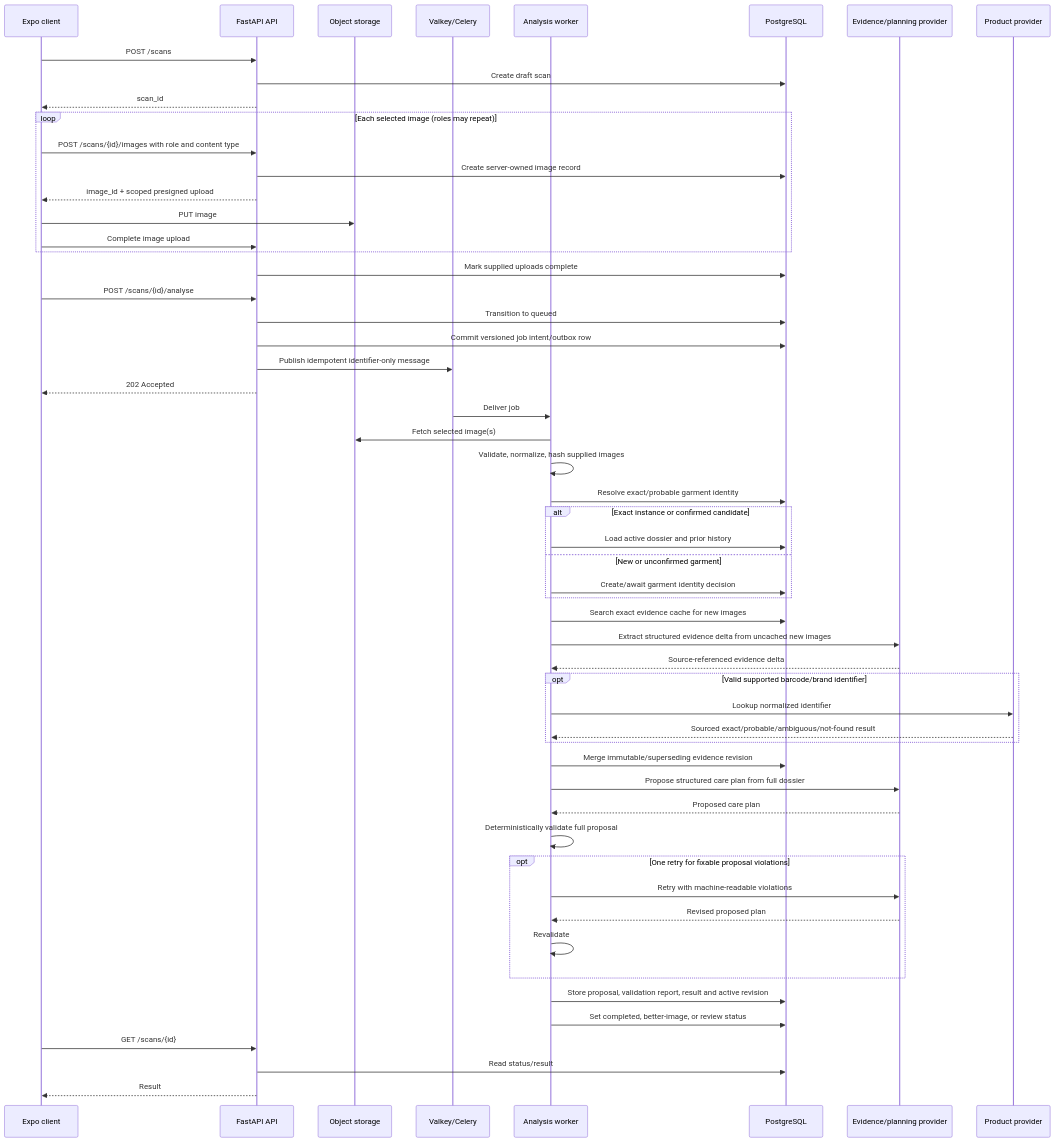
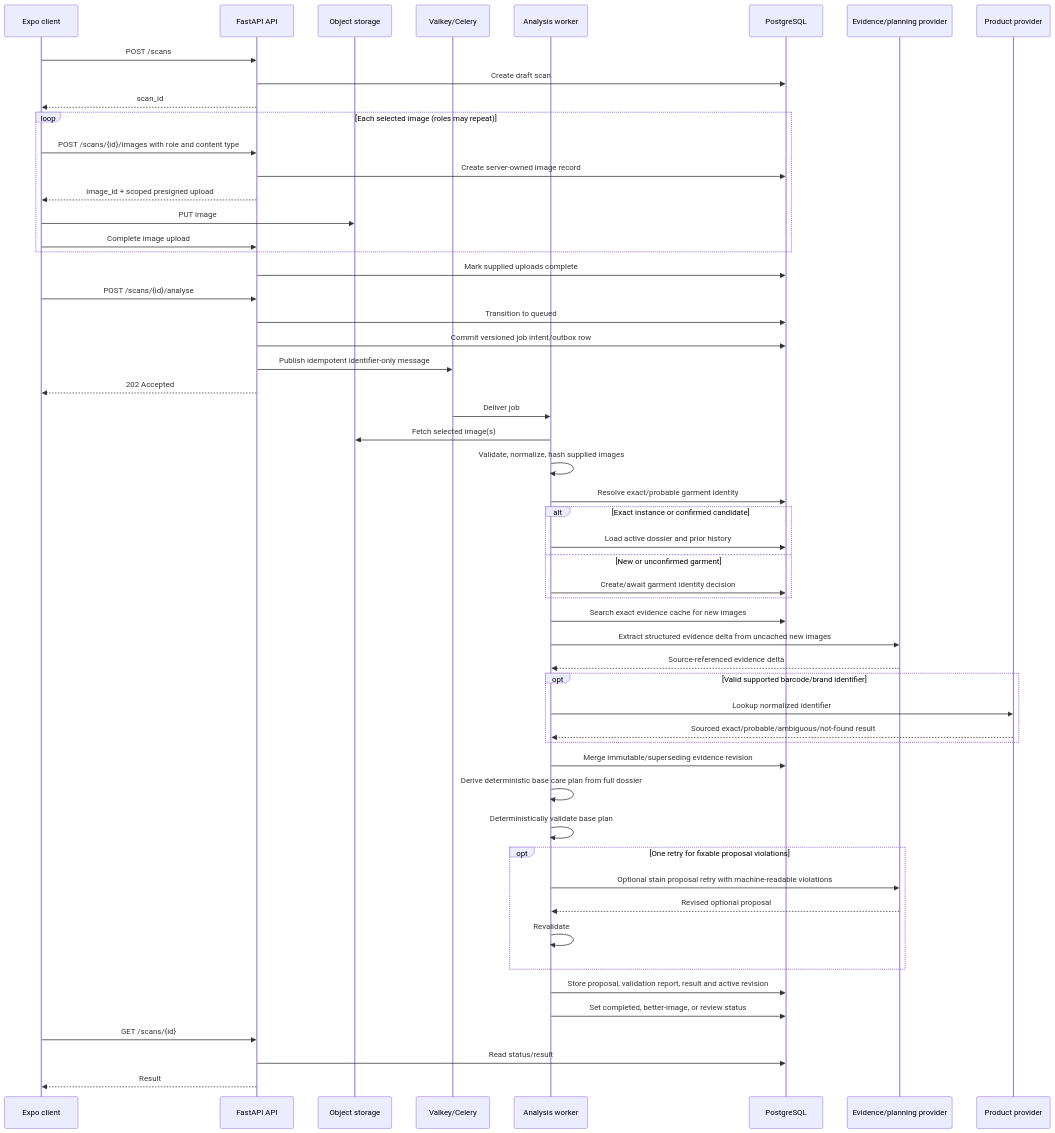
One commit to acado1986/fabricassist-platform changed the third of 4 diagrams in docs/architecture.md. Above: the diagram before and after it, drawn with Mermaid. The commit also changed other lines of this file and 4 other files, not shown here.

````diff
--- a/docs/architecture.md
+++ b/docs/architecture.md
@@ -932,58 +937,57 @@
 ```mermaid
 sequenceDiagram
     participant Client as Expo client
     participant API as FastAPI API
     participant Obj as Object storage
     participant Queue as Valkey/Celery
     participant Worker as Analysis worker
     participant DB as PostgreSQL
     participant Model as Evidence/planning provider
     participant Product as Product provider
 
     Client->>API: POST /scans
     API->>DB: Create draft scan
     API-->>Client: scan_id
     loop Each selected image (roles may repeat)
         Client->>API: POST /scans/{id}/images with role and content type
         API->>DB: Create server-owned image record
         API-->>Client: image_id + scoped presigned upload
         Client->>Obj: PUT image
         Client->>API: Complete image upload
     end
     API->>DB: Mark supplied uploads complete
     Client->>API: POST /scans/{id}/analyse
     API->>DB: Transition to queued
     API->>DB: Commit versioned job intent/outbox row
     API->>Queue: Publish idempotent identifier-only message
     API-->>Client: 202 Accepted
     Queue->>Worker: Deliver job
     Worker->>Obj: Fetch selected image(s)
     Worker->>Worker: Validate, normalize, hash supplied images
     Worker->>DB: Resolve exact/probable garment identity
     alt Exact instance or confirmed candidate
         Worker->>DB: Load active dossier and prior history
     else New or unconfirmed garment
         Worker->>DB: Create/await garment identity decision
     end
     Worker->>DB: Search exact evidence cache for new images
     Worker->>Model: Extract structured evidence delta from uncached new images
     Model-->>Worker: Source-referenced evidence delta
     opt Valid supported barcode/brand identifier
         Worker->>Product: Lookup normalized identifier
         Product-->>Worker: Sourced exact/probable/ambiguous/not-found result
     end
     Worker->>DB: Merge immutable/superseding evidence revision
-    Worker->>Model: Propose structured care plan from full dossier
-    Model-->>Worker: Proposed care plan
-    Worker->>Worker: Deterministically validate full proposal
+    Worker->>Worker: Derive deterministic base care plan from full dossier
+    Worker->>Worker: Deterministically validate base plan
     opt One retry for fixable proposal violations
-        Worker->>Model: Retry with machine-readable violations
-        Model-->>Worker: Revised proposed plan
+        Worker->>Model: Optional stain proposal retry with machine-readable violations
+        Model-->>Worker: Revised optional proposal
         Worker->>Worker: Revalidate
     end
     Worker->>DB: Store proposal, validation report, result and active revision
     Worker->>DB: Set completed, better-image, or review status
     Client->>API: GET /scans/{id}
     API->>DB: Read status/result
     API-->>Client: Result
 ```
````
